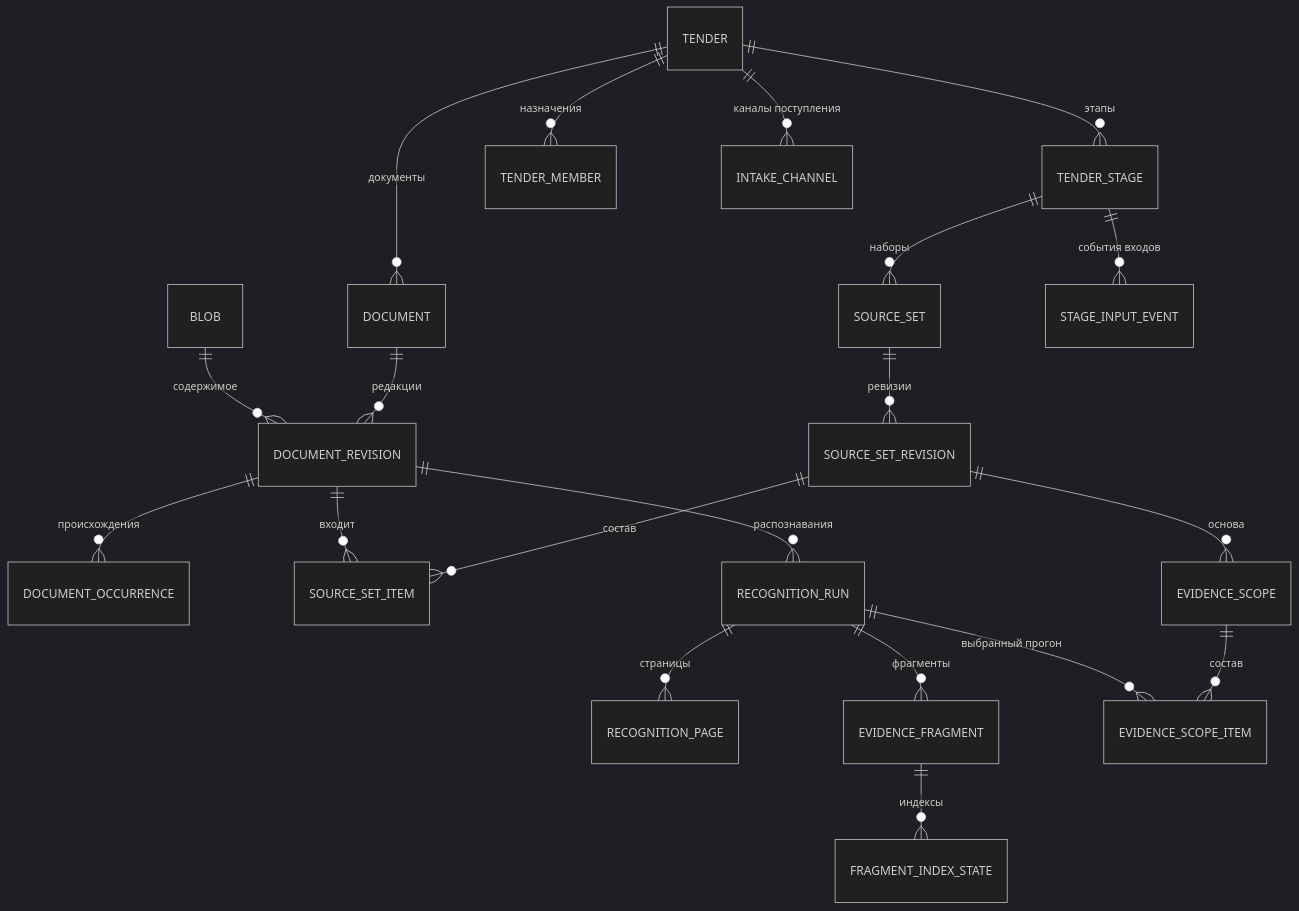
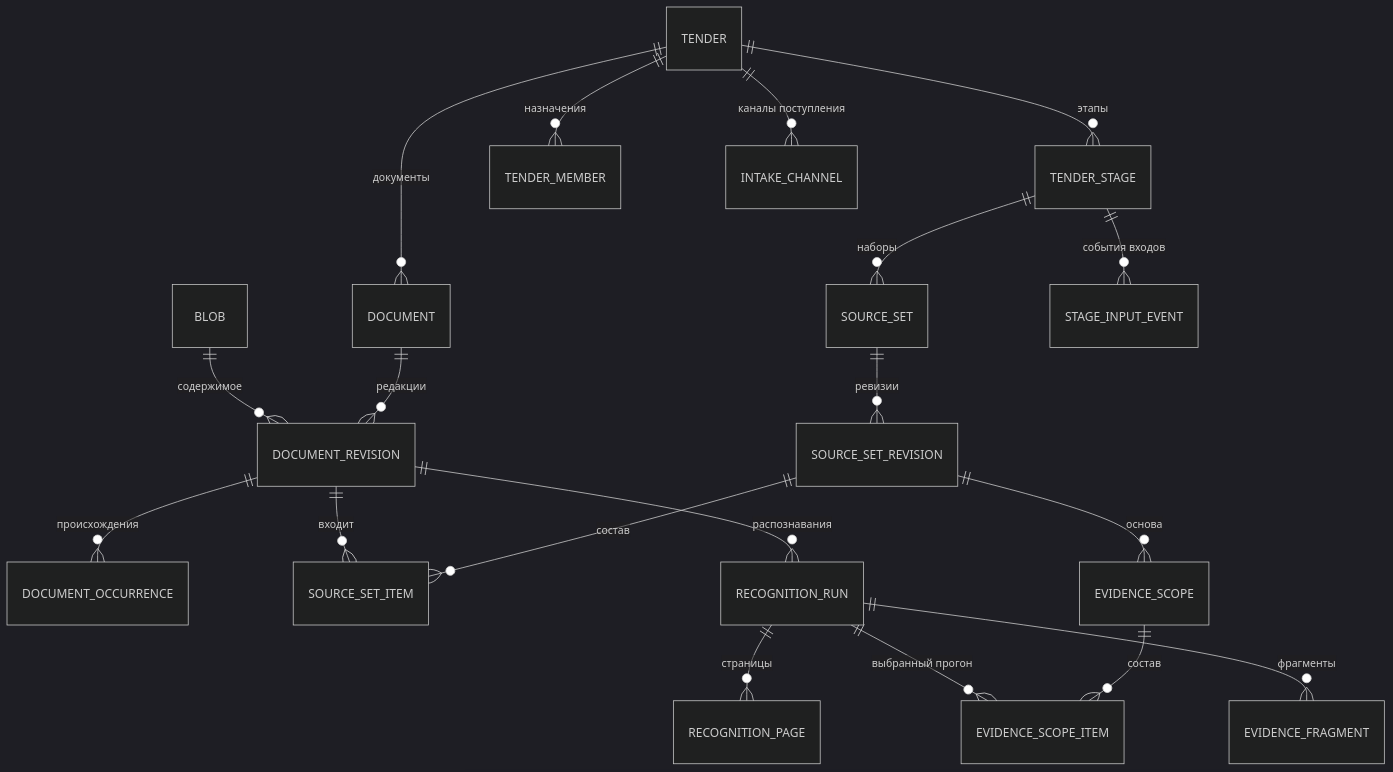
One commit to baldmaxim/ConturKP changed the first of 5 diagrams in docs/architecture/data-model.md. Above: the diagram before and after it, drawn with Mermaid (dark theme). The commit also changed other lines of this file and 42 other files, not shown here.

````diff
--- a/docs/architecture/data-model.md
+++ b/docs/architecture/data-model.md
@@ -49,22 +50,21 @@
 ```mermaid
 erDiagram
   TENDER ||--o{ TENDER_STAGE : "этапы"
   TENDER ||--o{ TENDER_MEMBER : "назначения"
   TENDER ||--o{ DOCUMENT : "документы"
   DOCUMENT ||--o{ DOCUMENT_REVISION : "редакции"
   BLOB ||--o{ DOCUMENT_REVISION : "содержимое"
   DOCUMENT_REVISION ||--o{ DOCUMENT_OCCURRENCE : "происхождения"
   TENDER_STAGE ||--o{ SOURCE_SET : "наборы"
   SOURCE_SET ||--o{ SOURCE_SET_REVISION : "ревизии"
   SOURCE_SET_REVISION ||--o{ SOURCE_SET_ITEM : "состав"
   DOCUMENT_REVISION ||--o{ SOURCE_SET_ITEM : "входит"
   DOCUMENT_REVISION ||--o{ RECOGNITION_RUN : "распознавания"
   RECOGNITION_RUN ||--o{ RECOGNITION_PAGE : "страницы"
   RECOGNITION_RUN ||--o{ EVIDENCE_FRAGMENT : "фрагменты"
-  EVIDENCE_FRAGMENT ||--o{ FRAGMENT_INDEX_STATE : "индексы"
   TENDER_STAGE ||--o{ STAGE_INPUT_EVENT : "события входов"
   TENDER ||--o{ INTAKE_CHANNEL : "каналы поступления"
   SOURCE_SET_REVISION ||--o{ EVIDENCE_SCOPE : "основа"
   EVIDENCE_SCOPE ||--o{ EVIDENCE_SCOPE_ITEM : "состав"
   RECOGNITION_RUN ||--o{ EVIDENCE_SCOPE_ITEM : "выбранный прогон"
 ```
````
